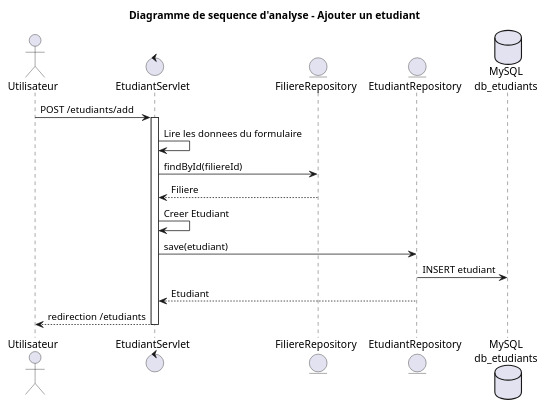
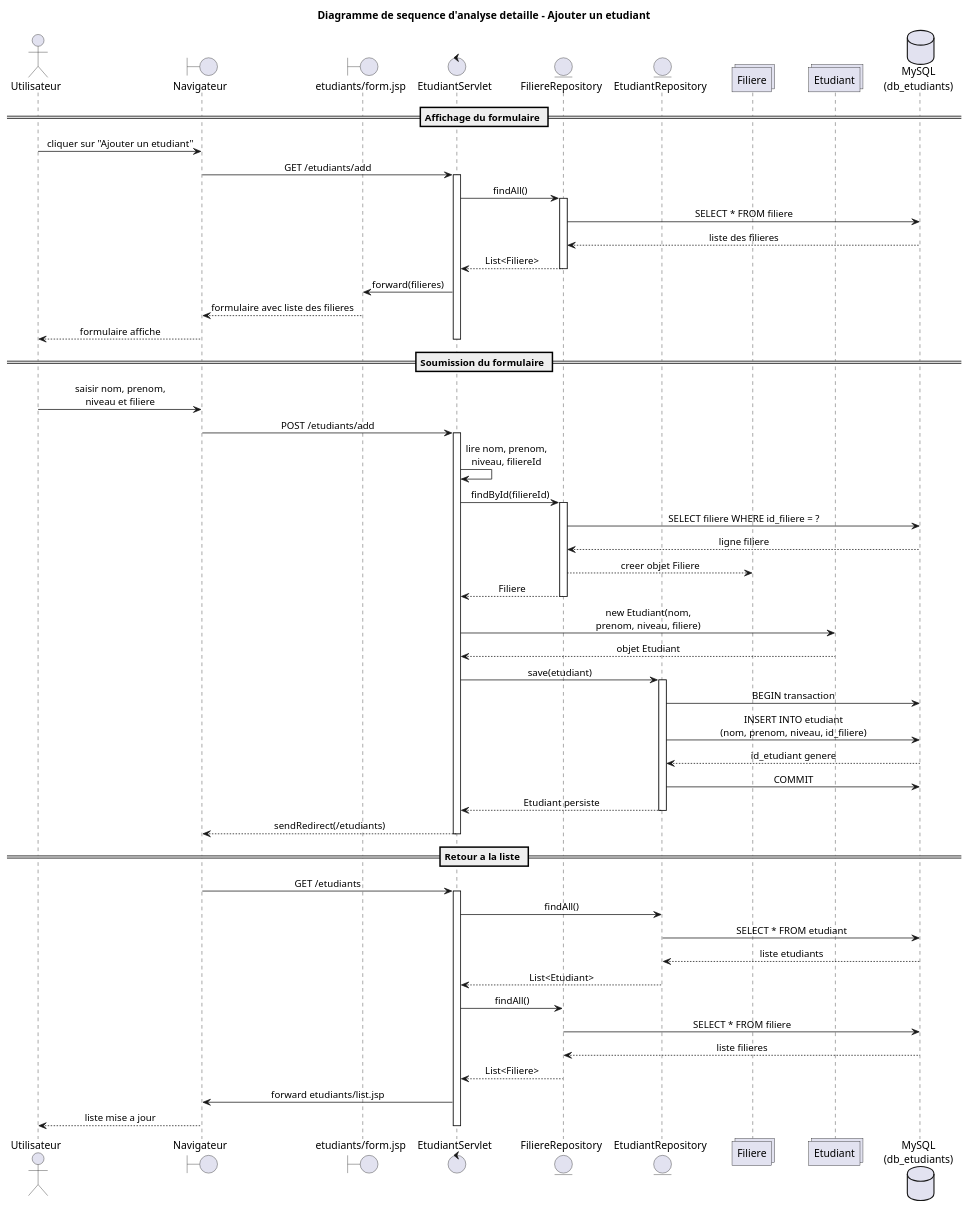
One commit to mehdidabaj/app-etudiant changed the diagram in docs/uml/sequence-analyse.puml. Above: the diagram before and after it, drawn with PlantUML. The commit also changed 10 other files, not shown here.

Commit message:
Expand UML diagrams with detailed PNG exports

```diff
--- a/docs/uml/sequence-analyse.puml
+++ b/docs/uml/sequence-analyse.puml
@@ -1,25 +1,77 @@
 @startuml
-title Diagramme de sequence d'analyse - Ajouter un etudiant
+title Diagramme de sequence d'analyse detaille - Ajouter un etudiant
+
+skinparam shadowing false
+skinparam sequenceMessageAlign center
+skinparam ParticipantPadding 18
 
 actor "Utilisateur" as User
+boundary "Navigateur" as Browser
+boundary "etudiants/form.jsp" as Form
 control "EtudiantServlet" as Servlet
 entity "FiliereRepository" as FiliereRepo
 entity "EtudiantRepository" as EtudiantRepo
-database "MySQL\ndb_etudiants" as DB
+collections "Filiere" as Filiere
+collections "Etudiant" as Etudiant
+database "MySQL\n(db_etudiants)" as DB
 
-User -> Servlet : POST /etudiants/add
+== Affichage du formulaire ==
+User -> Browser : cliquer sur "Ajouter un etudiant"
+Browser -> Servlet : GET /etudiants/add
 activate Servlet
+Servlet -> FiliereRepo : findAll()
+activate FiliereRepo
+FiliereRepo -> DB : SELECT * FROM filiere
+DB --> FiliereRepo : liste des filieres
+FiliereRepo --> Servlet : List<Filiere>
+deactivate FiliereRepo
+Servlet -> Form : forward(filieres)
+Form --> Browser : formulaire avec liste des filieres
+Browser --> User : formulaire affiche
+deactivate Servlet
 
-Servlet -> Servlet : Lire les donnees du formulaire
+== Soumission du formulaire ==
+User -> Browser : saisir nom, prenom,\nniveau et filiere
+Browser -> Servlet : POST /etudiants/add
+activate Servlet
+Servlet -> Servlet : lire nom, prenom,\nniveau, filiereId
+
 Servlet -> FiliereRepo : findById(filiereId)
+activate FiliereRepo
+FiliereRepo -> DB : SELECT filiere WHERE id_filiere = ?
+DB --> FiliereRepo : ligne filiere
+FiliereRepo --> Filiere : creer objet Filiere
 FiliereRepo --> Servlet : Filiere
+deactivate FiliereRepo
 
-Servlet -> Servlet : Creer Etudiant
+Servlet -> Etudiant : new Etudiant(nom,\nprenom, niveau, filiere)
+Etudiant --> Servlet : objet Etudiant
+
 Servlet -> EtudiantRepo : save(etudiant)
-EtudiantRepo -> DB : INSERT etudiant
-EtudiantRepo --> Servlet : Etudiant
+activate EtudiantRepo
+EtudiantRepo -> DB : BEGIN transaction
+EtudiantRepo -> DB : INSERT INTO etudiant\n(nom, prenom, niveau, id_filiere)
+DB --> EtudiantRepo : id_etudiant genere
+EtudiantRepo -> DB : COMMIT
+EtudiantRepo --> Servlet : Etudiant persiste
+deactivate EtudiantRepo
 
-Servlet --> User : redirection /etudiants
+Servlet --> Browser : sendRedirect(/etudiants)
+deactivate Servlet
+
+== Retour a la liste ==
+Browser -> Servlet : GET /etudiants
+activate Servlet
+Servlet -> EtudiantRepo : findAll()
+EtudiantRepo -> DB : SELECT * FROM etudiant
+DB --> EtudiantRepo : liste etudiants
+EtudiantRepo --> Servlet : List<Etudiant>
+Servlet -> FiliereRepo : findAll()
+FiliereRepo -> DB : SELECT * FROM filiere
+DB --> FiliereRepo : liste filieres
+FiliereRepo --> Servlet : List<Filiere>
+Servlet -> Browser : forward etudiants/list.jsp
+Browser --> User : liste mise a jour
 deactivate Servlet
 
 @enduml
```
